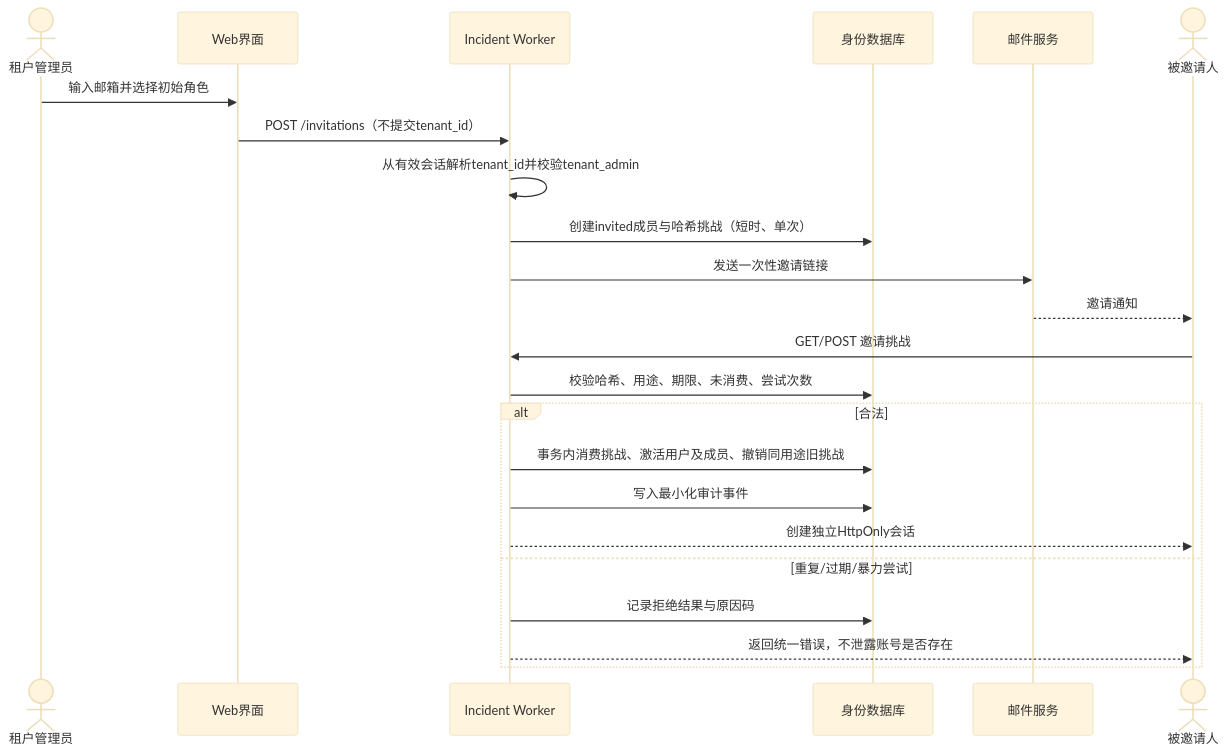
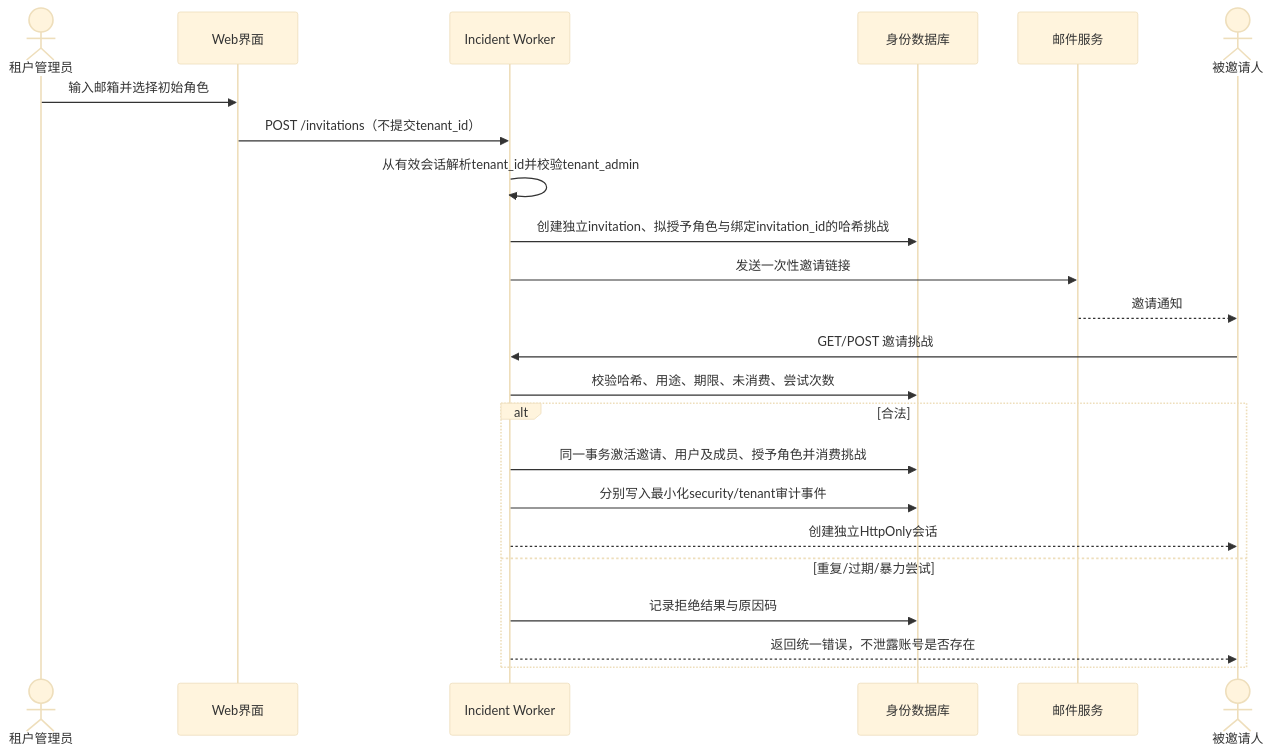
The first of 2 diagrams in docs/incident-lfi-stage-1.5-security-gate.md (bg623/ehs-sil), drawn with Mermaid (base theme) before and after one commit. The commit also changed other lines of this file and 11 other files, not shown here.

````diff
--- a/docs/incident-lfi-stage-1.5-security-gate.md
+++ b/docs/incident-lfi-stage-1.5-security-gate.md
@@ -42,26 +41,26 @@
 ```mermaid
 sequenceDiagram
     actor Admin as 租户管理员
     participant UI as Web界面
     participant API as Incident Worker
     participant DB as 身份数据库
     participant Mail as 邮件服务
     actor Invitee as 被邀请人
 
     Admin->>UI: 输入邮箱并选择初始角色
     UI->>API: POST /invitations（不提交tenant_id）
     API->>API: 从有效会话解析tenant_id并校验tenant_admin
-    API->>DB: 创建invited成员与哈希挑战（短时、单次）
+    API->>DB: 创建独立invitation、拟授予角色与绑定invitation_id的哈希挑战
     API->>Mail: 发送一次性邀请链接
     Mail-->>Invitee: 邀请通知
     Invitee->>API: GET/POST 邀请挑战
     API->>DB: 校验哈希、用途、期限、未消费、尝试次数
     alt 合法
-        API->>DB: 事务内消费挑战、激活用户及成员、撤销同用途旧挑战
-        API->>DB: 写入最小化审计事件
+        API->>DB: 同一事务激活邀请、用户及成员、授予角色并消费挑战
+        API->>DB: 分别写入最小化security/tenant审计事件
         API-->>Invitee: 创建独立HttpOnly会话
     else 重复/过期/暴力尝试
         API->>DB: 记录拒绝结果与原因码
         API-->>Invitee: 返回统一错误，不泄露账号是否存在
     end
 ```
````
